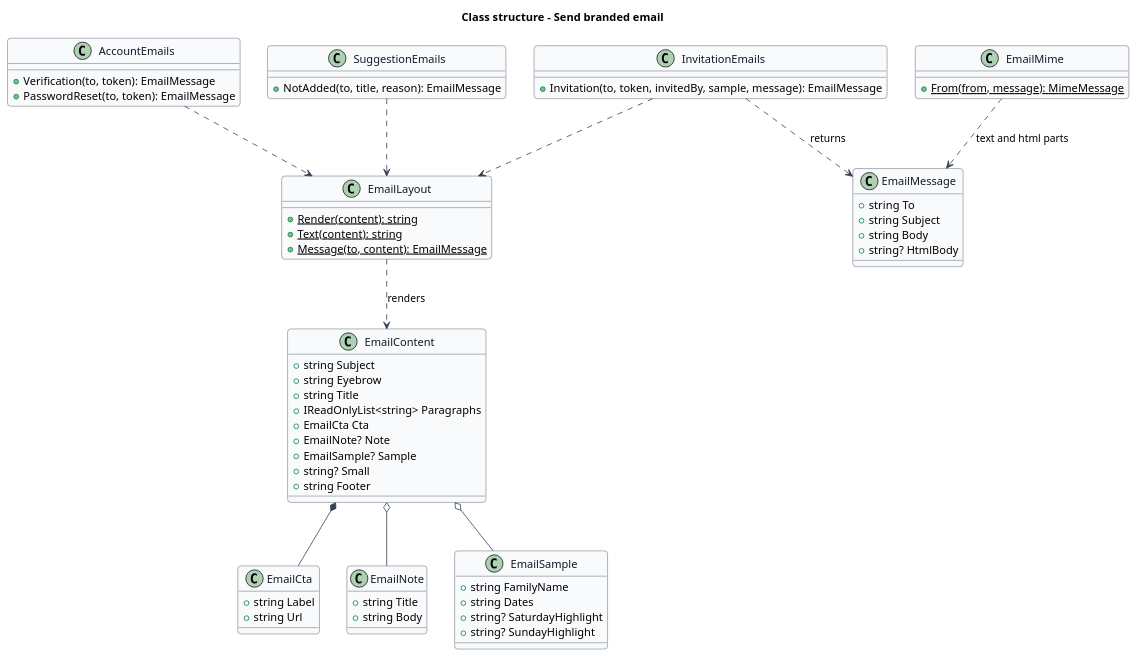
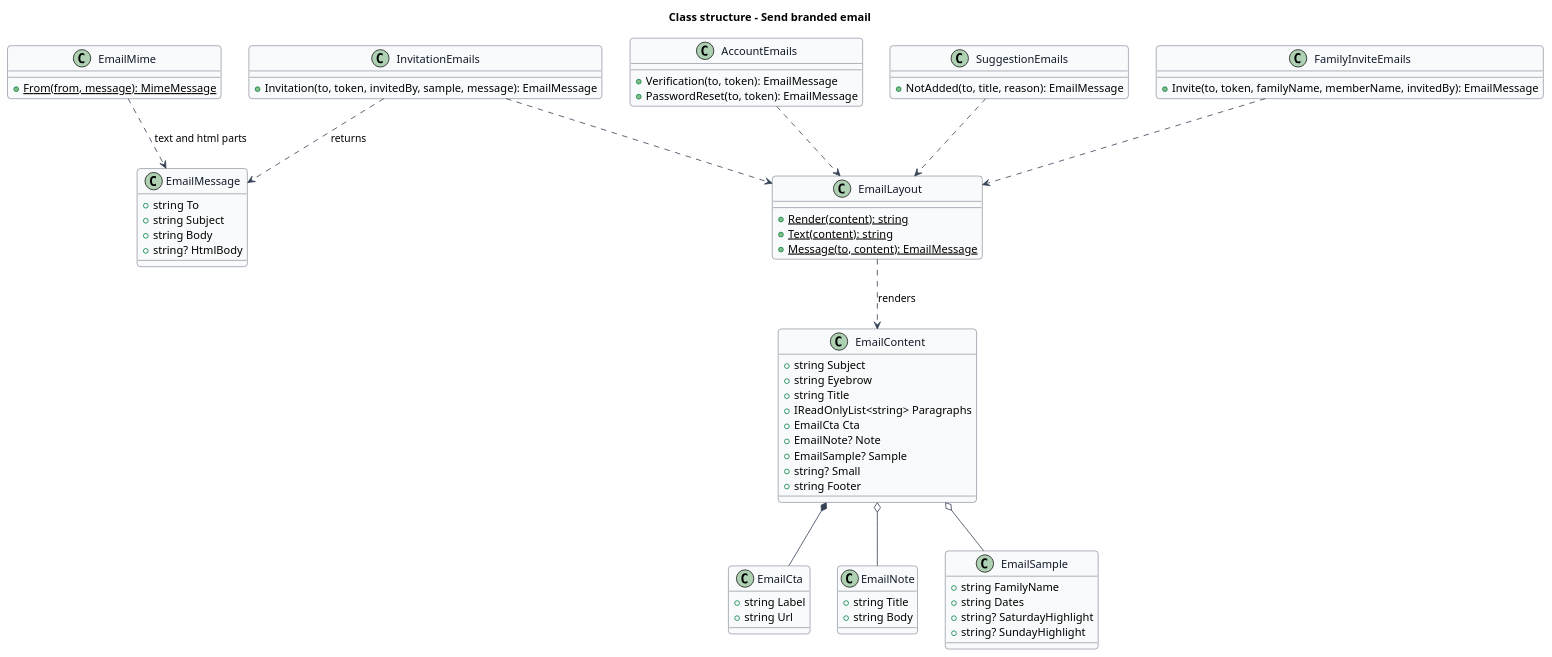
Before and after one commit to QuinntyneBrown/saturdaze: the diagram in docs/detailed-designs/operations/send-branded-email/diagrams/class-structure.puml, drawn with PlantUML. The commit also changed 14 other files, not shown here.

First line of the commit message:
Design the family invite email in manage-family-members and send-branded-email (L2-183)

```diff
--- a/docs/detailed-designs/operations/send-branded-email/diagrams/class-structure.puml
+++ b/docs/detailed-designs/operations/send-branded-email/diagrams/class-structure.puml
@@ -1,82 +1,87 @@
 @startuml
 skinparam backgroundColor #FFFFFF
 skinparam shadowing false
 skinparam roundcorner 8
 skinparam defaultFontName Arial
 skinparam ArrowColor #344054
 skinparam class {
   BorderColor #344054
   FontColor #101828
   BackgroundColor #F9FAFB
 }
 title Class structure - Send branded email
 
 class EmailMessage {
   +string To
   +string Subject
   +string Body
   +string? HtmlBody
 }
 
 class EmailContent {
   +string Subject
   +string Eyebrow
   +string Title
   +IReadOnlyList<string> Paragraphs
   +EmailCta Cta
   +EmailNote? Note
   +EmailSample? Sample
   +string? Small
   +string Footer
 }
 
 class EmailCta {
   +string Label
   +string Url
 }
 
 class EmailNote {
   +string Title
   +string Body
 }
 
 class EmailSample {
   +string FamilyName
   +string Dates
   +string? SaturdayHighlight
   +string? SundayHighlight
 }
 
 class EmailLayout {
   {static} +Render(content): string
   {static} +Text(content): string
   {static} +Message(to, content): EmailMessage
 }
 
 class InvitationEmails {
   +Invitation(to, token, invitedBy, sample, message): EmailMessage
 }
 
+class FamilyInviteEmails {
+  +Invite(to, token, familyName, memberName, invitedBy): EmailMessage
+}
+
 class AccountEmails {
   +Verification(to, token): EmailMessage
   +PasswordReset(to, token): EmailMessage
 }
 
 class SuggestionEmails {
   +NotAdded(to, title, reason): EmailMessage
 }
 
 class EmailMime {
   {static} +From(from, message): MimeMessage
 }
 
 EmailContent *-- EmailCta
 EmailContent o-- EmailNote
 EmailContent o-- EmailSample
 EmailLayout ..> EmailContent : renders
 InvitationEmails ..> EmailLayout
 AccountEmails ..> EmailLayout
 SuggestionEmails ..> EmailLayout
+FamilyInviteEmails ..> EmailLayout
 InvitationEmails ..> EmailMessage : returns
 EmailMime ..> EmailMessage : text and html parts
 @enduml
```
